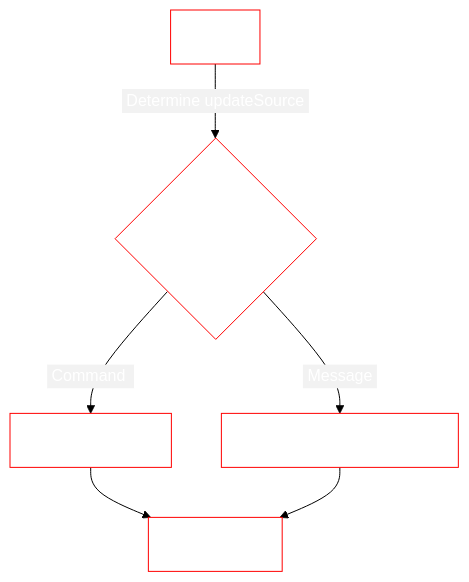
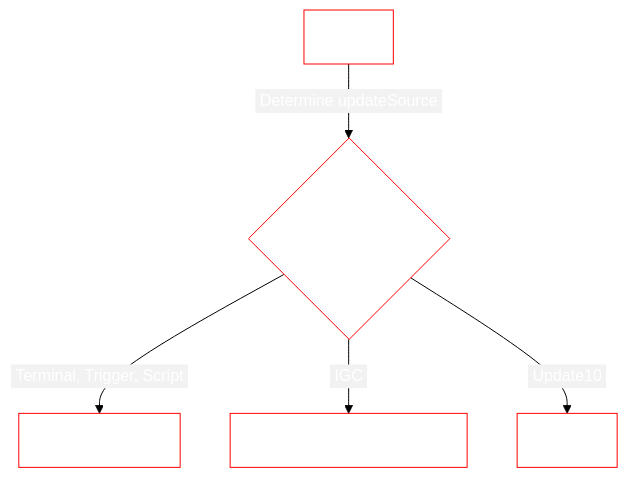
One commit to lukejamesmorrison/mother-docs changed the second of 5 diagrams in docs/Framework/Developer/GettingStarted/ArchitectureOverview.md. Above: the diagram before and after it, drawn with Mermaid. The commit also changed other lines of this file and 19 other files, not shown here.

````diff
--- a/docs/Framework/Developer/GettingStarted/ArchitectureOverview.md
+++ b/docs/Framework/Developer/GettingStarted/ArchitectureOverview.md
@@ -72,26 +109,25 @@
 ```mermaid
 %%{
   init: {
     'theme': 'base',
     'themeVariables': {
         'primaryColor': '#BB2528',
         'primaryTextColor': '#fff',
         'primaryBorderColor': '#7C0000',
         'mainBkg': 'white',
         'nodeBorder': 'red',
         'lineColor': 'black',
         'secondaryColor': '#F2F2F2',
         'secondaryBorderColor': 'black',
         'tertiaryColor': '#F2F2F2',
         'tertiaryBorderColor': 'black'
     }
   }
 }%%
 
 graph TD
     A[Run] -->|&nbsp;Determine updateSource&nbsp;| B{updateSource Type?}
-    B -->|&nbsp;Command &nbsp;| C[CommandBus]
-    B -->|&nbsp;Message&nbsp;| D[IntergridMessageService]
-    C --> G[Run Clock]
-    D --> G
+    B -->|&nbsp;Terminal, Trigger, Script&nbsp;| C[CommandBus]
+    B -->|&nbsp;IGC&nbsp;| D[IntergridMessageService]
+    B -->|&nbsp;Update10&nbsp;| E[Clock]
 ```
````
